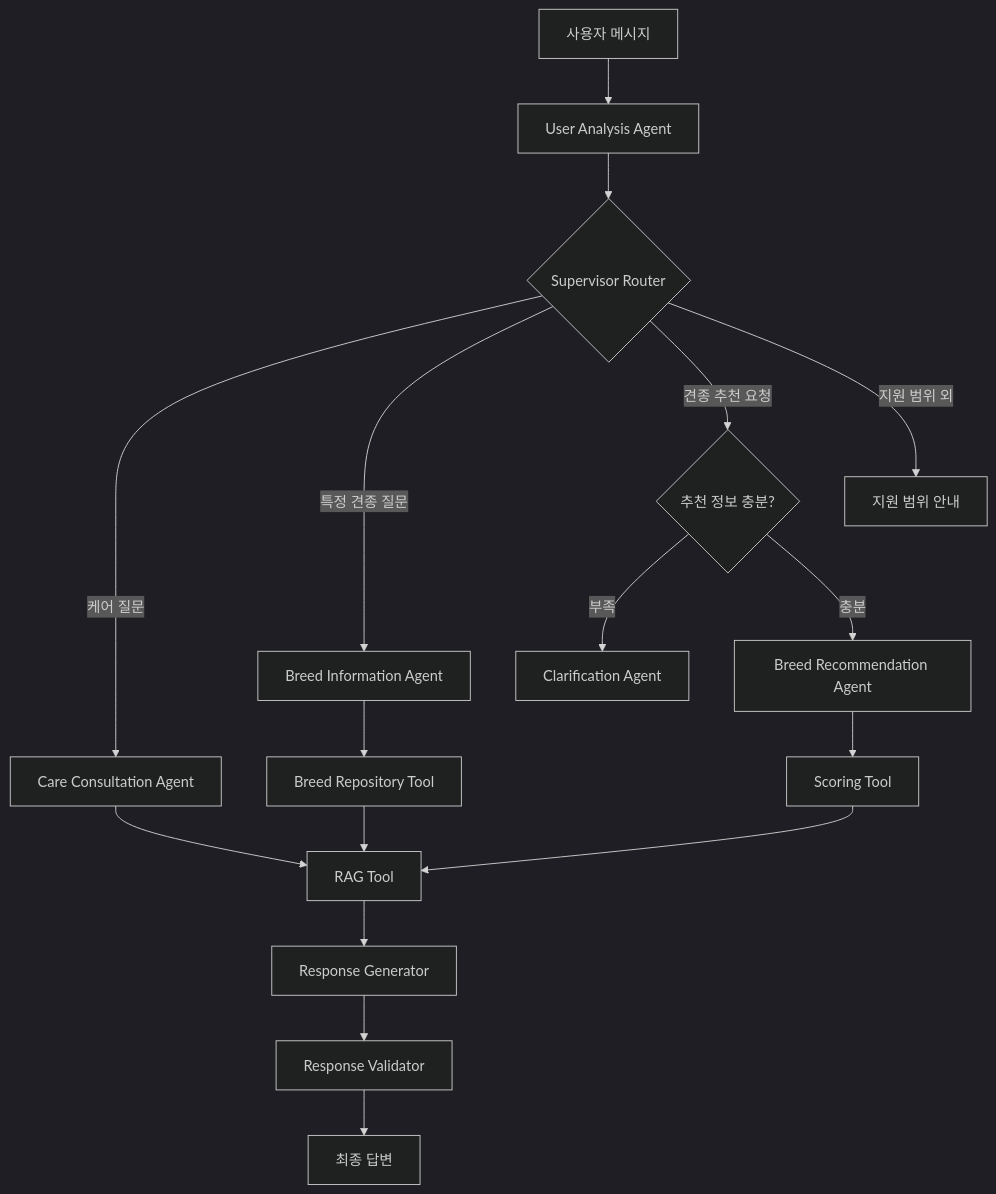
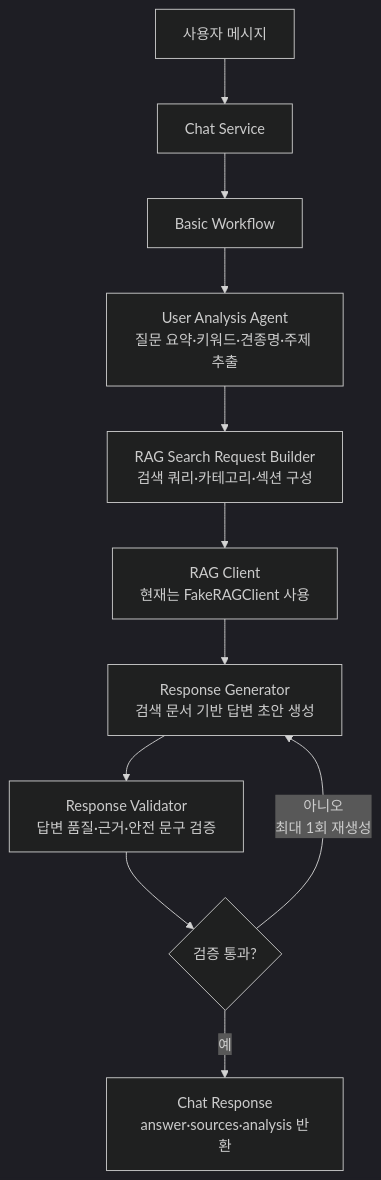
One commit to SKNETWORKS-FAMILY-AICAMP/SKN27-4th-2team changed the diagram in backend/Workflow.md. Above: the diagram before and after it, drawn with Mermaid (dark theme). The commit also changed other lines of this file and 16 other files, not shown here.

````diff
--- a/backend/Workflow.md
+++ b/backend/Workflow.md
@@ -2,23 +9,13 @@
 ```mermaid
 flowchart TD
-    A["사용자 메시지"] --> B["User Analysis Agent"]
-    B --> C{"Supervisor Router"}
-
-    C -->|"케어 질문"| D["Care Consultation Agent"]
-    C -->|"특정 견종 질문"| E["Breed Information Agent"]
-    C -->|"견종 추천 요청"| F{"추천 정보 충분?"}
-    C -->|"지원 범위 외"| G["지원 범위 안내"]
-
-    F -->|"부족"| H["Clarification Agent"]
-    F -->|"충분"| I["Breed Recommendation Agent"]
-
-    D --> J["RAG Tool"]
-    E --> K["Breed Repository Tool"]
-    K --> J
-    I --> L["Scoring Tool"]
-    L --> J
-
-    J --> M["Response Generator"]
-    M --> N["Response Validator"]
-    N --> O["최종 답변"]
+    A["사용자 메시지"] --> B["Chat Service"]
+    B --> C["Basic Workflow"]
+    C --> D["User Analysis Agent<br/>질문 요약·키워드·견종명·주제 추출"]
+    D --> E["RAG Search Request Builder<br/>검색 쿼리·카테고리·섹션 구성"]
+    E --> F["RAG Client<br/>현재는 FakeRAGClient 사용"]
+    F --> G["Response Generator<br/>검색 문서 기반 답변 초안 생성"]
+    G --> H["Response Validator<br/>답변 품질·근거·안전 문구 검증"]
+    H --> I{"검증 통과?"}
+    I -->|"아니오<br/>최대 1회 재생성"| G
+    I -->|"예"| J["Chat Response<br/>answer·sources·analysis 반환"]
 ```
````
